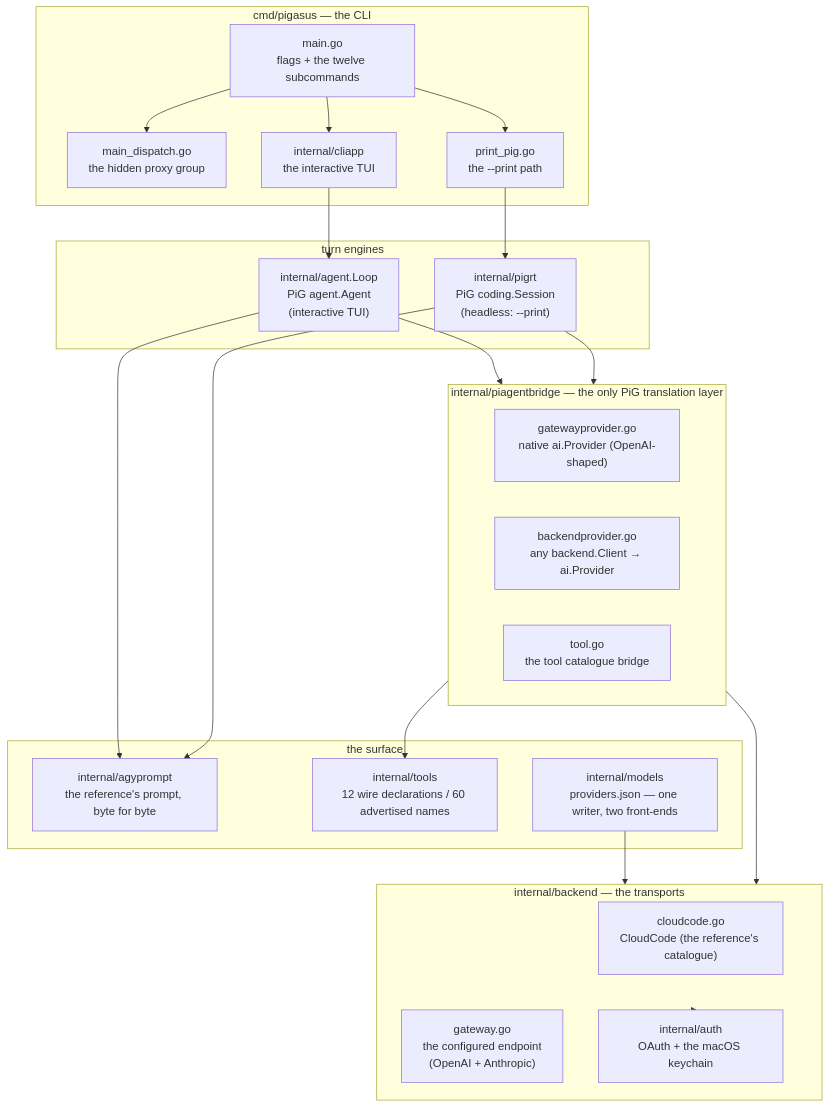
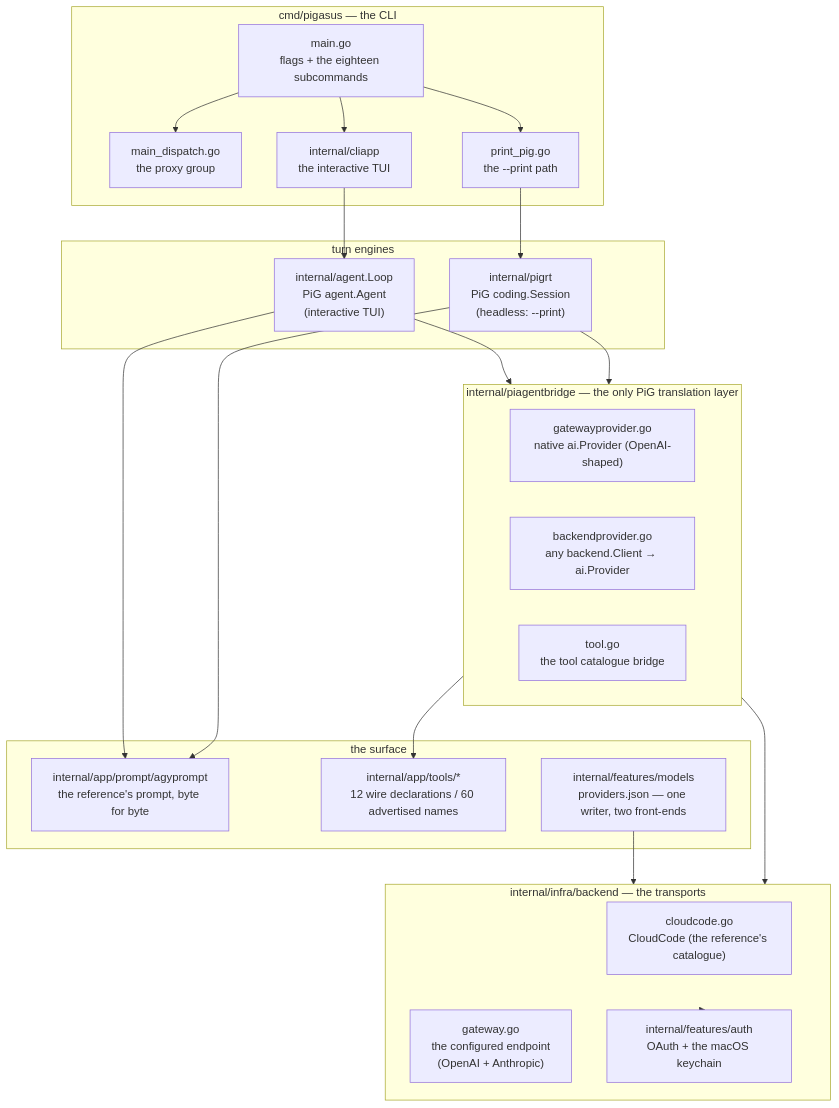
One commit to justwasm/pigasus changed the diagram in docs/guide/architecture.md. Above: the diagram before and after it, drawn with Mermaid. The commit also changed other lines of this file and 2929 other files, not shown here.

````diff
--- a/docs/guide/architecture.md
+++ b/docs/guide/architecture.md
@@ -8,46 +12,46 @@
 ```mermaid
 flowchart TB
     subgraph CLI["cmd/pigasus — the CLI"]
-        main["main.go<br/>flags + the twelve subcommands"]
-        dispatch["main_dispatch.go<br/>the hidden proxy group"]
+        main["main.go<br/>flags + the eighteen subcommands"]
+        dispatch["main_dispatch.go<br/>the proxy group"]
         print["print_pig.go<br/>the --print path"]
         tui["internal/cliapp<br/>the interactive TUI"]
     end
 
     subgraph Engines["turn engines"]
         pigrt["internal/pigrt<br/>PiG coding.Session<br/>(headless: --print)"]
         agentloop["internal/agent.Loop<br/>PiG agent.Agent<br/>(interactive TUI)"]
     end
 
     subgraph Bridge["internal/piagentbridge — the only PiG translation layer"]
         native["gatewayprovider.go<br/>native ai.Provider (OpenAI-shaped)"]
         gen["backendprovider.go<br/>any backend.Client → ai.Provider"]
         tools["tool.go<br/>the tool catalogue bridge"]
     end
 
-    subgraph Backend["internal/backend — the transports"]
+    subgraph Backend["internal/infra/backend — the transports"]
         cc["cloudcode.go<br/>CloudCode (the reference's catalogue)"]
         gw["gateway.go<br/>the configured endpoint<br/>(OpenAI + Anthropic)"]
-        auth["internal/auth<br/>OAuth + the macOS keychain"]
+        auth["internal/features/auth<br/>OAuth + the macOS keychain"]
     end
 
     subgraph Surface["the surface"]
-        prompt["internal/agyprompt<br/>the reference's prompt, byte for byte"]
-        toolcat["internal/tools<br/>12 wire declarations / 60 advertised names"]
-        cfg["internal/models<br/>providers.json — one writer, two front-ends"]
+        prompt["internal/app/prompt/agyprompt<br/>the reference's prompt, byte for byte"]
+        toolcat["internal/app/tools/*<br/>12 wire declarations / 60 advertised names"]
+        cfg["internal/features/models<br/>providers.json — one writer, two front-ends"]
     end
 
     main --> dispatch
     main --> print
     main --> tui
     print --> pigrt
     tui --> agentloop
     pigrt --> Bridge
     agentloop --> Bridge
     Bridge --> Backend
     pigrt --> prompt
     agentloop --> prompt
     Bridge --> toolcat
     cfg --> Backend
     Backend --> auth
 ```
````
